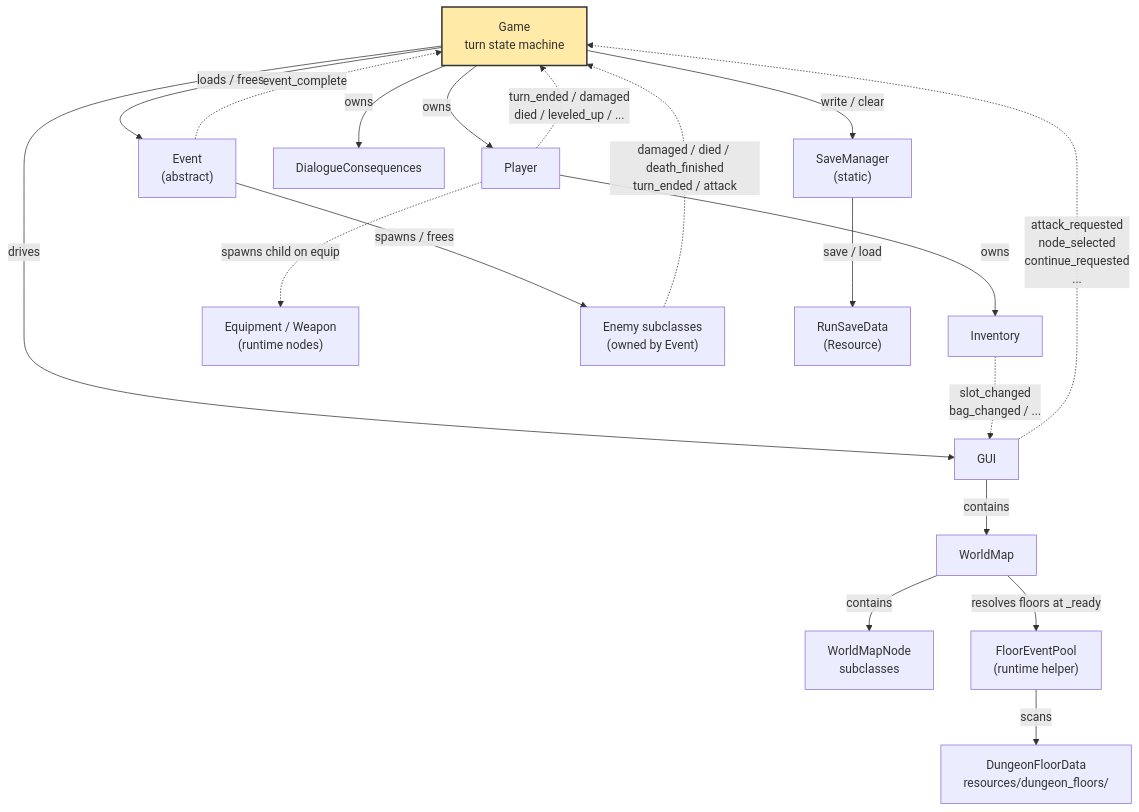
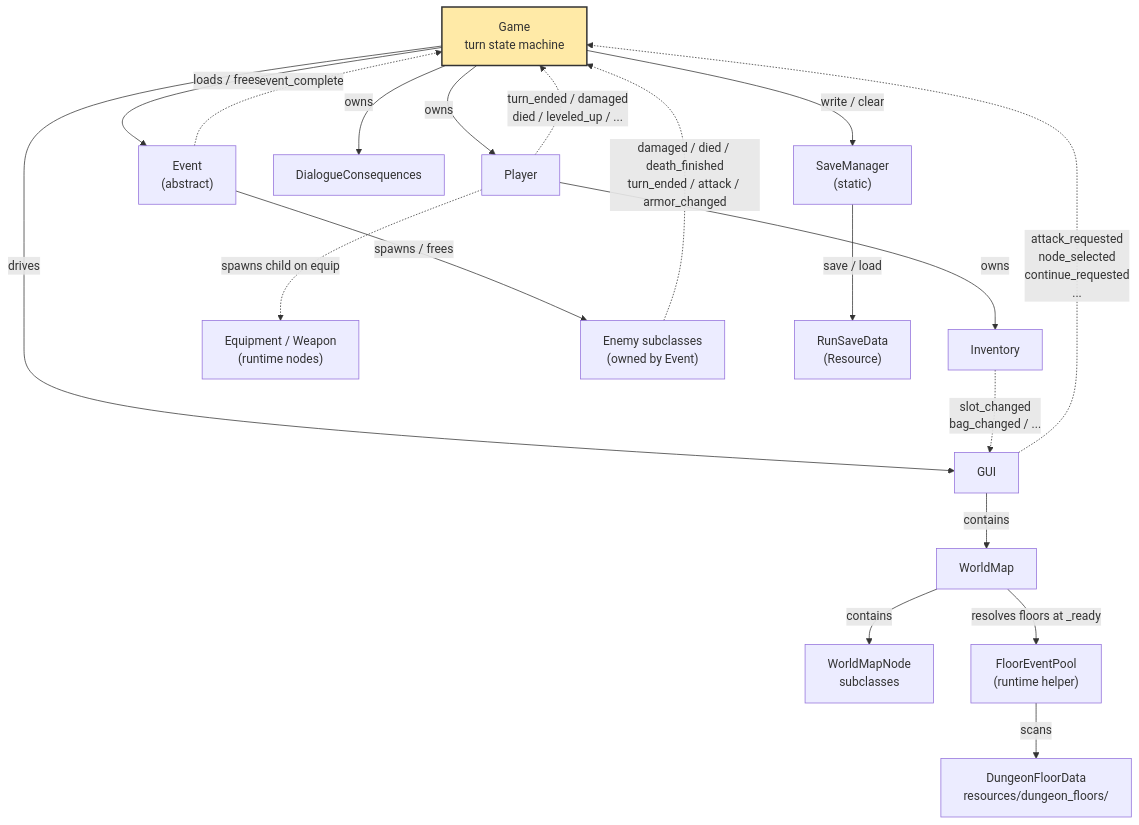
Before and after one commit to mjholder/crawler: the first of 5 diagrams in journal/architecture.md, drawn with Mermaid. The commit also changed other lines of this file and 12 other files, not shown here.

````diff
--- a/journal/architecture.md
+++ b/journal/architecture.md
@@ -15,38 +15,38 @@
 ```mermaid
 flowchart TD
     Game["Game<br/>turn state machine"]
     Player["Player"]
     Inventory["Inventory"]
     Equipment["Equipment / Weapon<br/>(runtime nodes)"]
     Event["Event<br/>(abstract)"]
     GUI["GUI"]
     WorldMap["WorldMap"]
     WMN["WorldMapNode<br/>subclasses"]
     DC["DialogueConsequences"]
     Enemy["Enemy subclasses<br/>(owned by Event)"]
     SM["SaveManager<br/>(static)"]
     RSD["RunSaveData<br/>(Resource)"]
 
     Game -->|owns| Player
     Game -->|owns| DC
     Game -->|loads / frees| Event
     Game -->|drives| GUI
     Player -->|owns| Inventory
     Player -.->|spawns child on equip| Equipment
     GUI -->|contains| WorldMap
     WorldMap -->|contains| WMN
     WorldMap -->|resolves floors at _ready| FEP["FloorEventPool<br/>(runtime helper)"]
     FEP -->|scans| DFD["DungeonFloorData<br/>resources/dungeon_floors/"]
     Event -->|spawns / frees| Enemy
     Game -->|write / clear| SM
     SM -->|save / load| RSD
 
     GUI -. "attack_requested<br/>node_selected<br/>continue_requested<br/>..." .-> Game
     Player -. "turn_ended / damaged<br/>died / leveled_up / ..." .-> Game
     Event -. event_complete .-> Game
-    Enemy -. "damaged / died / death_finished<br/>turn_ended / attack" .-> Game
+    Enemy -. "damaged / died / death_finished<br/>turn_ended / attack / armor_changed" .-> Game
     Inventory -. "slot_changed<br/>bag_changed / ..." .-> GUI
 
     classDef hub fill:#ffeaa7,stroke:#333,stroke-width:2px
     class Game hub
 ```
````
